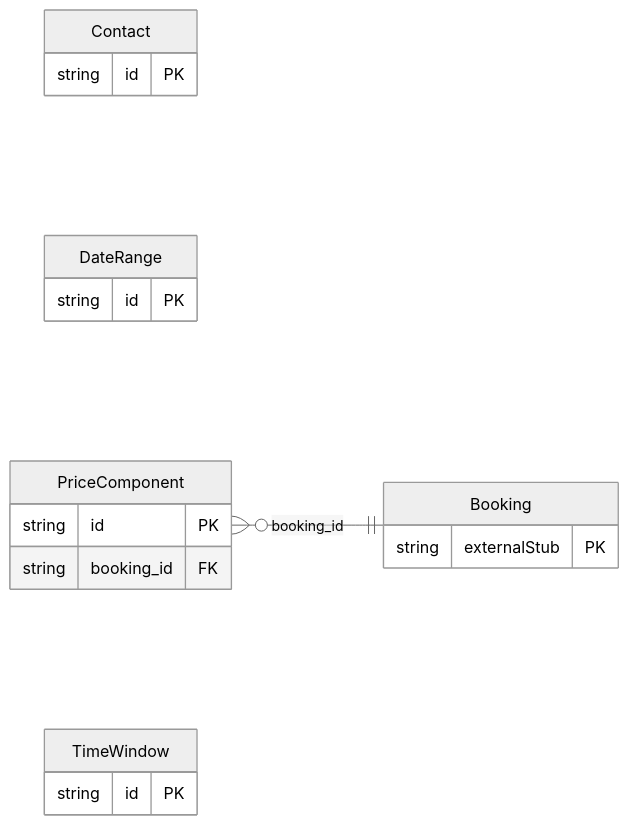
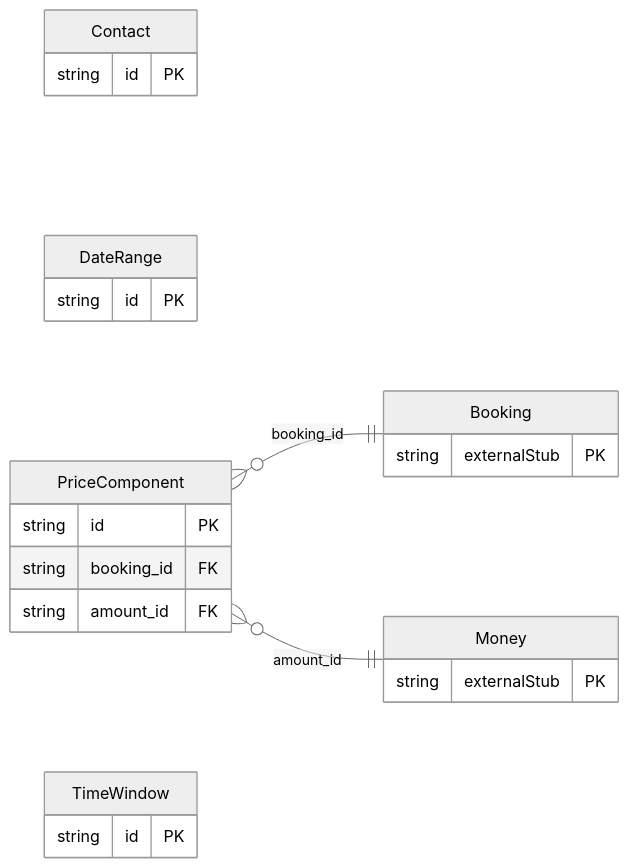
One commit to oh-tarnished/freebusy changed the diagram in protobuf/generated/prisma/freebusy/shared/README.md. Above: the diagram before and after it, drawn with Mermaid (neutral theme). The commit also changed 29 other files, not shown here.

````diff
--- a/protobuf/generated/prisma/freebusy/shared/README.md
+++ b/protobuf/generated/prisma/freebusy/shared/README.md
@@ -13,21 +13,26 @@
 ```mermaid
 erDiagram
     direction LR
     Contact {
         string id PK
     }
     DateRange {
         string id PK
     }
     PriceComponent {
         string id PK
         string booking_id FK
+        string amount_id FK
     }
     TimeWindow {
         string id PK
     }
     Booking {
         string externalStub PK
     }
+    Money {
+        string externalStub PK
+    }
     PriceComponent }o--|| Booking : "booking_id"
+    PriceComponent }o--|| Money : "amount_id"
 ```
````
